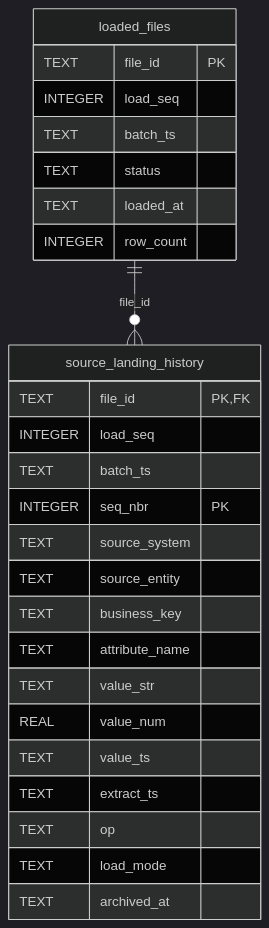
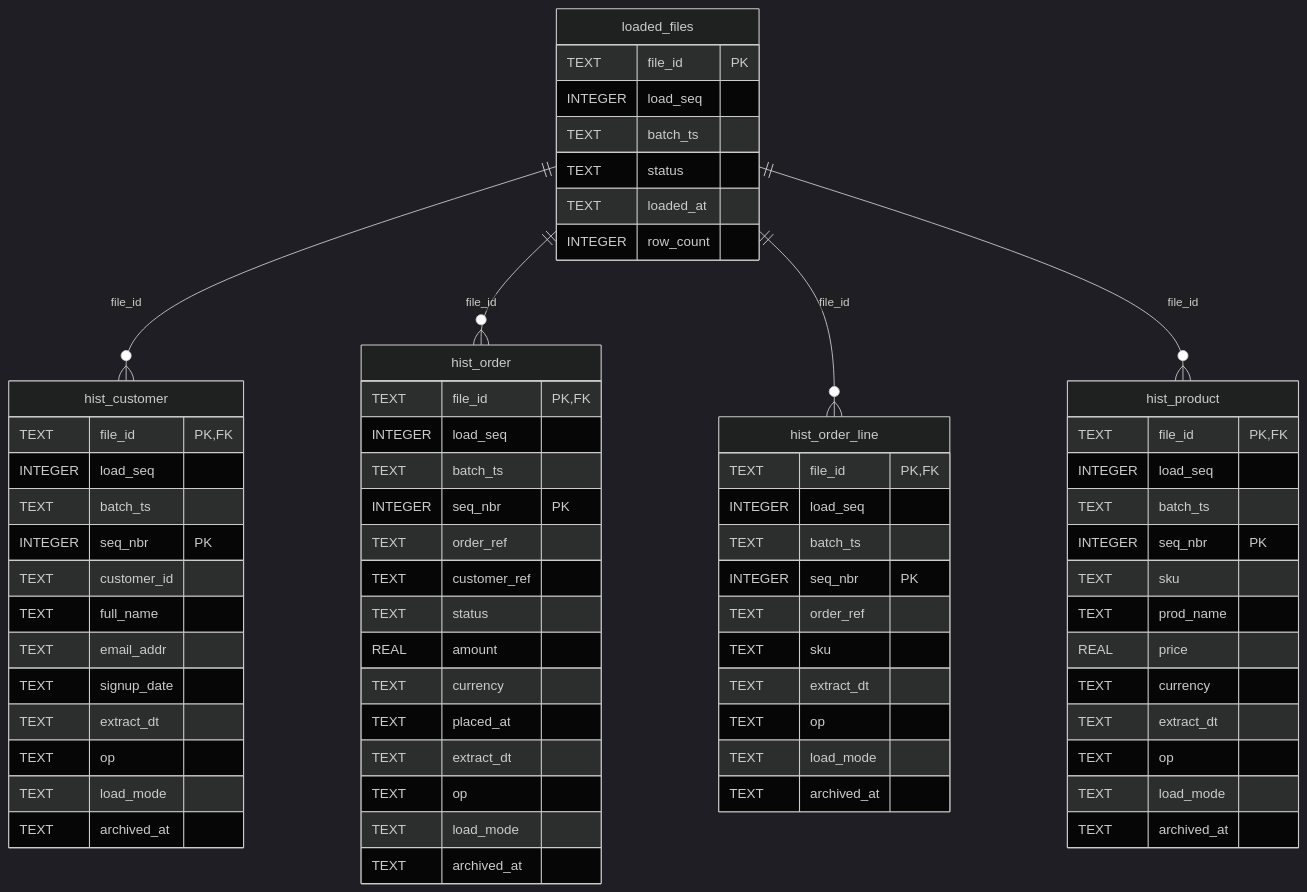
The fourth of 4 diagrams in er-diagrams/mermaid/focal-point.md (brianmcmillan/minimum-viable-warehouse), drawn with Mermaid (dark theme) before and after one commit. The commit also changed other lines of this file and 27 other files, not shown here.

````diff
--- a/er-diagrams/mermaid/focal-point.md
+++ b/er-diagrams/mermaid/focal-point.md
@@ -275,29 +311,71 @@
 ```mermaid
 erDiagram
+    hist_customer {
+        TEXT file_id PK, FK
+        INTEGER load_seq
+        TEXT batch_ts
+        INTEGER seq_nbr PK
+        TEXT customer_id
+        TEXT full_name
+        TEXT email_addr
+        TEXT signup_date
+        TEXT extract_dt
+        TEXT op
+        TEXT load_mode
+        TEXT archived_at
+    }
+    hist_order {
+        TEXT file_id PK, FK
+        INTEGER load_seq
+        TEXT batch_ts
+        INTEGER seq_nbr PK
+        TEXT order_ref
+        TEXT customer_ref
+        TEXT status
+        REAL amount
+        TEXT currency
+        TEXT placed_at
+        TEXT extract_dt
+        TEXT op
+        TEXT load_mode
+        TEXT archived_at
+    }
+    hist_order_line {
+        TEXT file_id PK, FK
+        INTEGER load_seq
+        TEXT batch_ts
+        INTEGER seq_nbr PK
+        TEXT order_ref
+        TEXT sku
+        TEXT extract_dt
+        TEXT op
+        TEXT load_mode
+        TEXT archived_at
+    }
+    hist_product {
+        TEXT file_id PK, FK
+        INTEGER load_seq
+        TEXT batch_ts
+        INTEGER seq_nbr PK
+        TEXT sku
+        TEXT prod_name
+        REAL price
+        TEXT currency
+        TEXT extract_dt
+        TEXT op
+        TEXT load_mode
+        TEXT archived_at
+    }
     loaded_files {
         TEXT file_id PK
         INTEGER load_seq
         TEXT batch_ts
         TEXT status
         TEXT loaded_at
         INTEGER row_count
     }
-    source_landing_history {
-        TEXT file_id PK, FK
-        INTEGER load_seq
-        TEXT batch_ts
-        INTEGER seq_nbr PK
-        TEXT source_system
-        TEXT source_entity
-        TEXT business_key
-        TEXT attribute_name
-        TEXT value_str
-        REAL value_num
-        TEXT value_ts
-        TEXT extract_ts
-        TEXT op
-        TEXT load_mode
-        TEXT archived_at
-    }
-    loaded_files ||--o{ source_landing_history : "file_id"
+    loaded_files ||--o{ hist_customer : "file_id"
+    loaded_files ||--o{ hist_order : "file_id"
+    loaded_files ||--o{ hist_order_line : "file_id"
+    loaded_files ||--o{ hist_product : "file_id"
 ```
````
